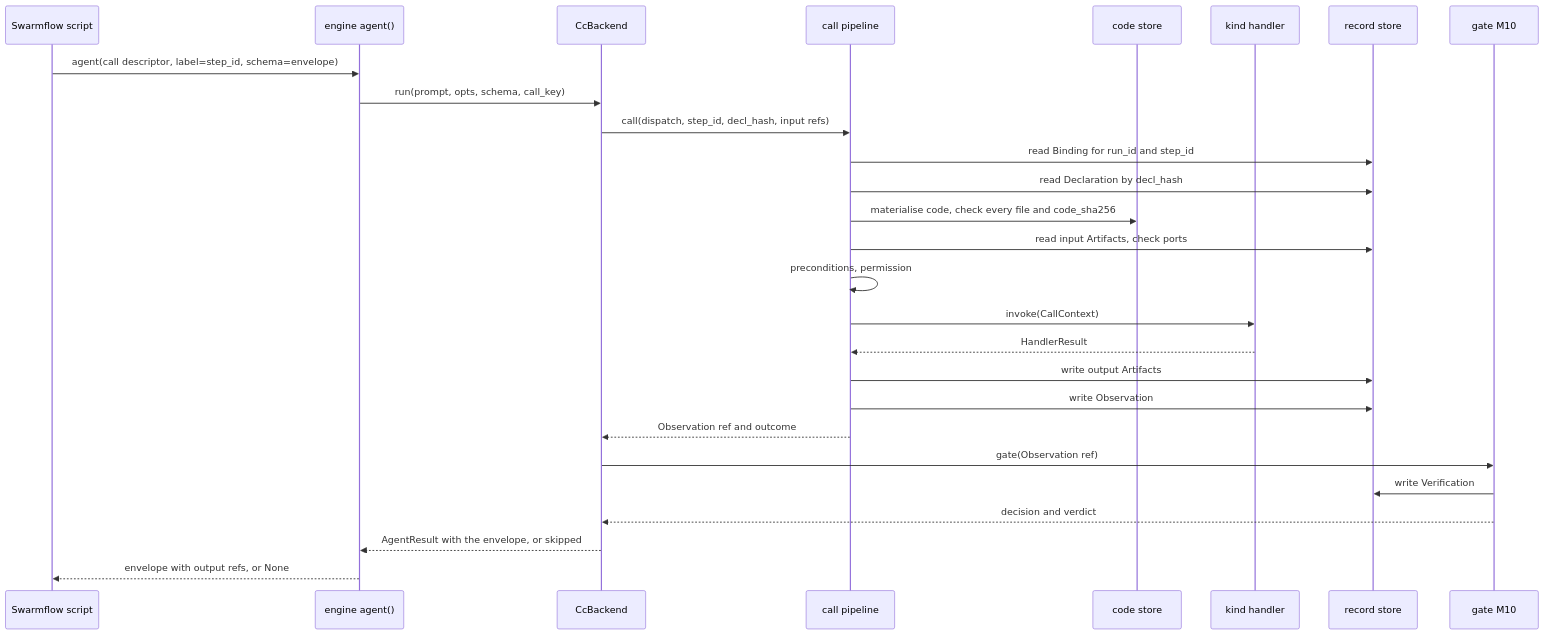
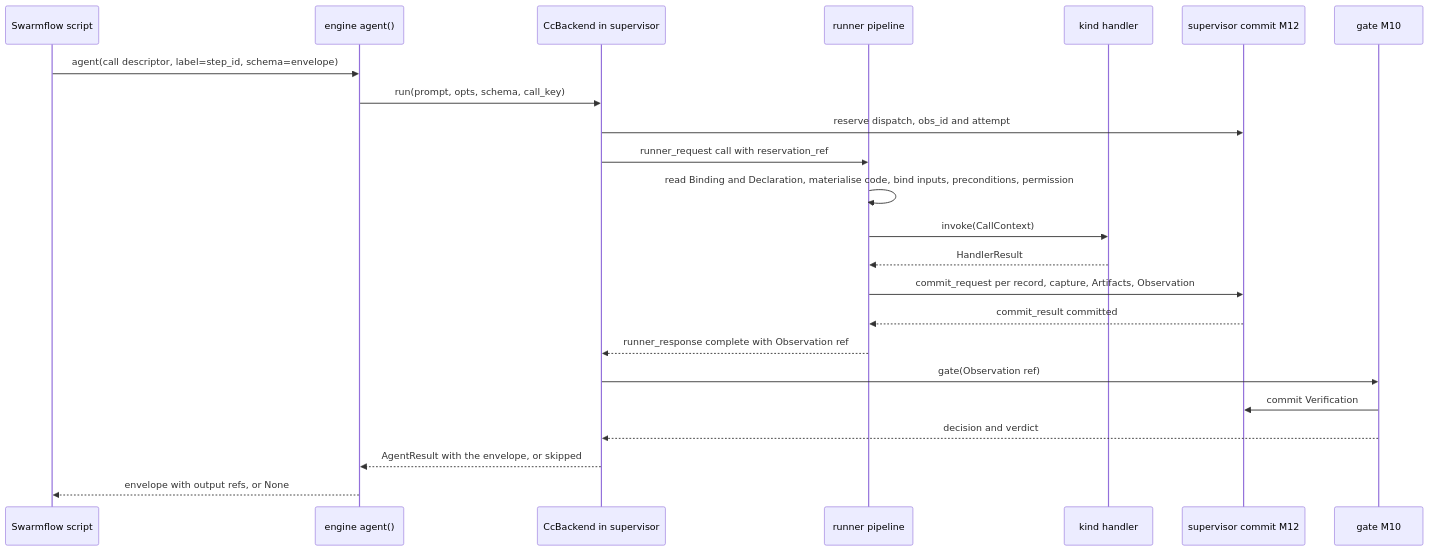
One commit to Stellven/jiuwenswarm changed the second of 3 diagrams in docs/architecture/capsule/runner.md. Above: the diagram before and after it, drawn with Mermaid. The commit also changed other lines of this file and 324 other files, not shown here.

First line of the commit message:
Reorganize architecture library into one thin, current M1 design

````diff
--- a/docs/architecture/capsule/runner.md
+++ b/docs/architecture/capsule/runner.md
@@ -98,29 +119,25 @@
 ```mermaid
 sequenceDiagram
     participant S as Swarmflow script
     participant E as engine agent()
-    participant B as CcBackend
-    participant P as call pipeline
-    participant K as code store
+    participant B as CcBackend in supervisor
+    participant P as runner pipeline
     participant H as kind handler
-    participant R as record store
+    participant R as supervisor commit M12
     participant G as gate M10
     S->>E: agent(call descriptor, label=step_id, schema=envelope)
     E->>B: run(prompt, opts, schema, call_key)
-    B->>P: call(dispatch, step_id, decl_hash, input refs)
-    P->>R: read Binding for run_id and step_id
-    P->>R: read Declaration by decl_hash
-    P->>K: materialise code, check every file and code_sha256
-    P->>R: read input Artifacts, check ports
-    P->>P: preconditions, permission
+    B->>R: reserve dispatch, obs_id and attempt
+    B->>P: runner_request call with reservation_ref
+    P->>P: read Binding and Declaration, materialise code, bind inputs, preconditions, permission
     P->>H: invoke(CallContext)
     H-->>P: HandlerResult
-    P->>R: write output Artifacts
-    P->>R: write Observation
-    P-->>B: Observation ref and outcome
+    P->>R: commit_request per record, capture, Artifacts, Observation
+    R-->>P: commit_result committed
+    P-->>B: runner_response complete with Observation ref
     B->>G: gate(Observation ref)
-    G->>R: write Verification
+    G->>R: commit Verification
     G-->>B: decision and verdict
     B-->>E: AgentResult with the envelope, or skipped
     E-->>S: envelope with output refs, or None
 ```
````
